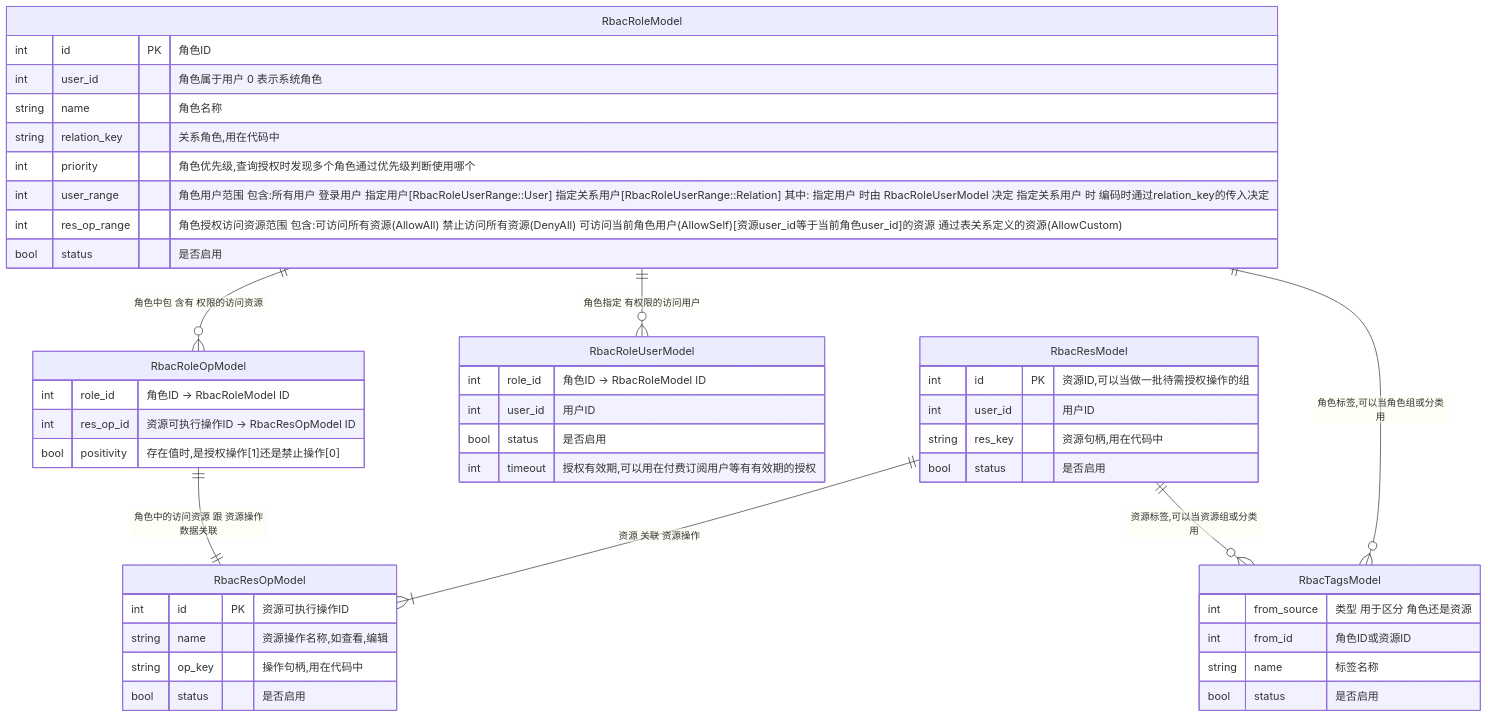
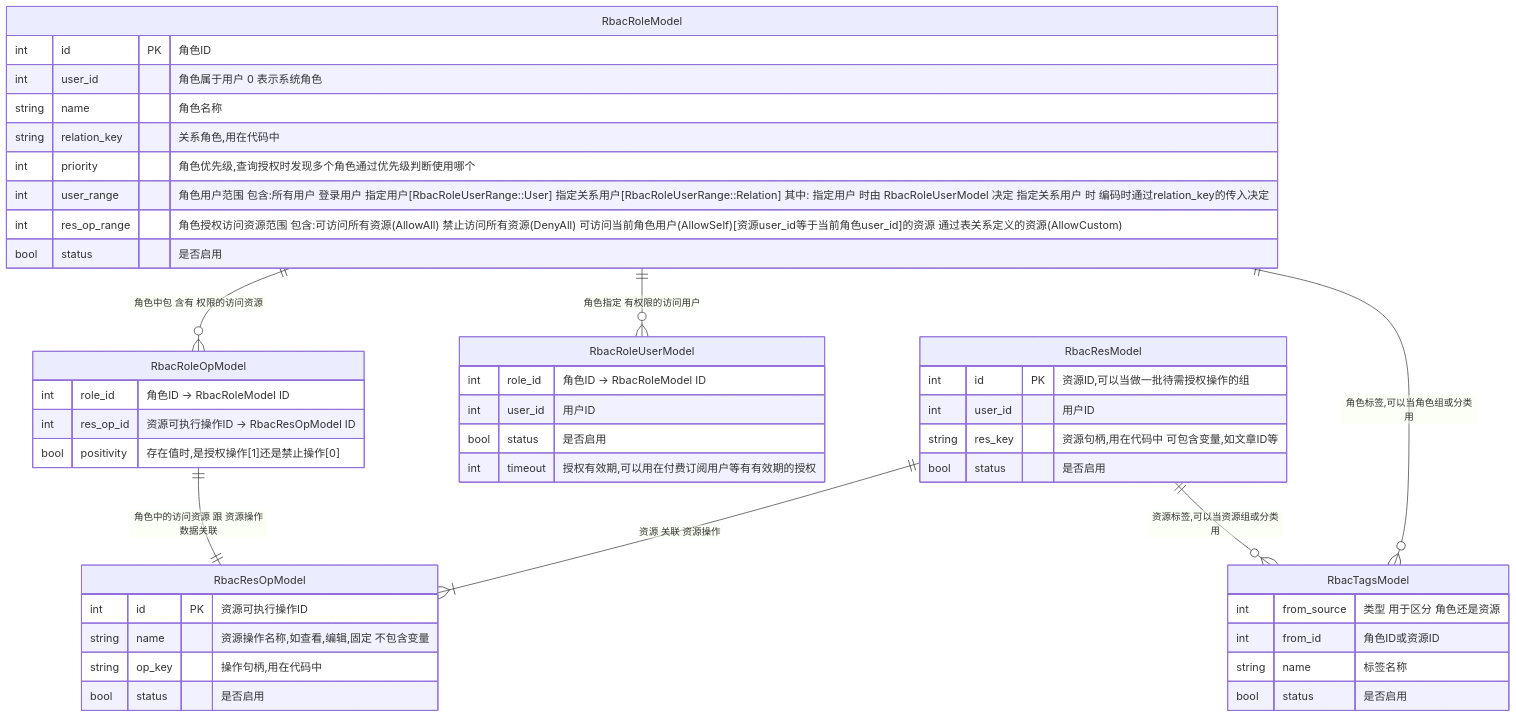
Before and after one commit to shanliu/lsys: the first of 3 diagrams in server/lsys-rbac/README.md, drawn with Mermaid. The commit also changed other lines of this file and 88 other files, not shown here.

````diff
--- a/server/lsys-rbac/README.md
+++ b/server/lsys-rbac/README.md
@@ -8,48 +21,48 @@
 ```mermaid
 erDiagram
     RbacResModel ||--|{ RbacResOpModel : "资源 关联 资源操作"
     RbacResModel{
         int id PK "资源ID,可以当做一批待需授权操作的组"
         int user_id "用户ID"
-        string res_key "资源句柄,用在代码中"
+        string res_key "资源句柄,用在代码中 可包含变量,如文章ID等"
         bool status "是否启用"
     }
     RbacResOpModel{
         int id PK "资源可执行操作ID"
-        string name "资源操作名称,如查看,编辑"
+        string name "资源操作名称,如查看,编辑,固定 不包含变量"
         string op_key "操作句柄,用在代码中"
         bool status "是否启用"
     }
     RbacRoleModel ||--o{ RbacRoleUserModel : "角色指定 有权限的访问用户"
     RbacRoleModel ||--o{ RbacRoleOpModel : "角色中包 含有 权限的访问资源"
     RbacRoleOpModel ||--|| RbacResOpModel : "角色中的访问资源 跟 资源操作数据关联"
     RbacRoleModel{
         int id PK "角色ID"
         int user_id "角色属于用户 0 表示系统角色"
         string name "角色名称"
         string relation_key "关系角色,用在代码中"
         int priority "角色优先级,查询授权时发现多个角色通过优先级判断使用哪个"
         int user_range "角色用户范围 包含:所有用户 登录用户 指定用户[RbacRoleUserRange::User] 指定关系用户[RbacRoleUserRange::Relation] 其中: 指定用户 时由 RbacRoleUserModel 决定 指定关系用户 时 编码时通过relation_key的传入决定"
         int res_op_range "角色授权访问资源范围 包含:可访问所有资源(AllowAll) 禁止访问所有资源(DenyAll) 可访问当前角色用户(AllowSelf)[资源user_id等于当前角色user_id]的资源 通过表关系定义的资源(AllowCustom)"
         bool status "是否启用"
     }
     RbacRoleOpModel{
         int role_id "角色ID -> RbacRoleModel ID"
         int res_op_id "资源可执行操作ID -> RbacResOpModel ID"
         bool positivity "存在值时,是授权操作[1]还是禁止操作[0]"
     }
     RbacRoleUserModel{
         int role_id "角色ID -> RbacRoleModel ID"
         int user_id "用户ID"
         bool status "是否启用"
         int timeout "授权有效期,可以用在付费订阅用户等有有效期的授权"
     }
     RbacRoleModel ||--o{ RbacTagsModel :"角色标签,可以当角色组或分类用"
     RbacResModel ||--o{ RbacTagsModel :"资源标签,可以当资源组或分类用"
     RbacTagsModel{
         int from_source "类型 用于区分 角色还是资源"
         int from_id "角色ID或资源ID"
         string name "标签名称"
         bool status "是否启用"
     }
 ```
````
